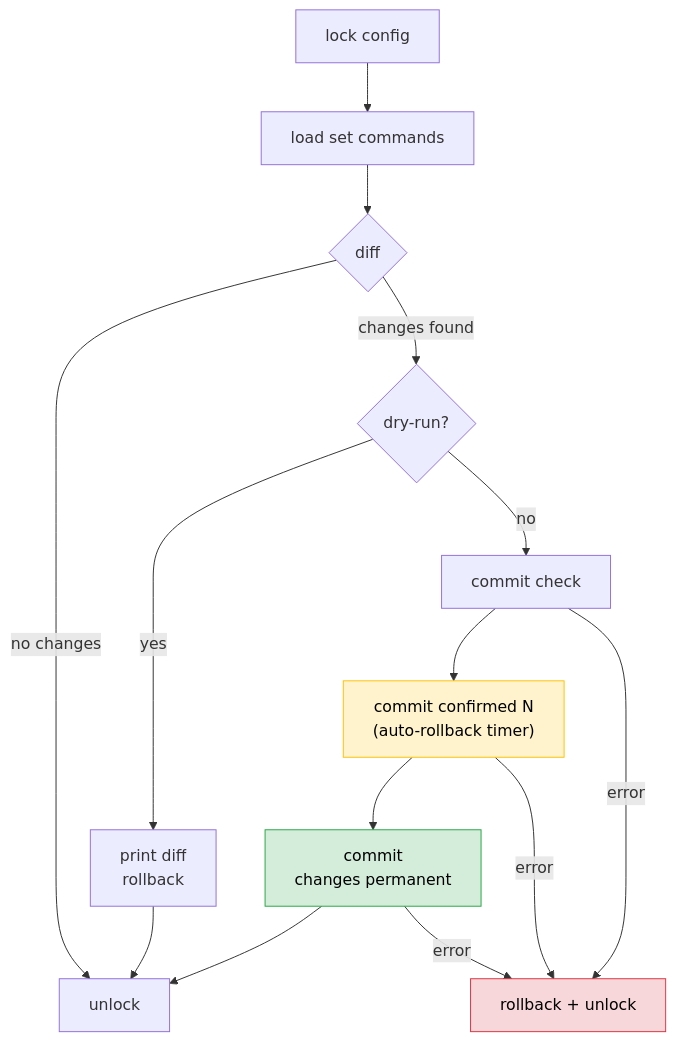
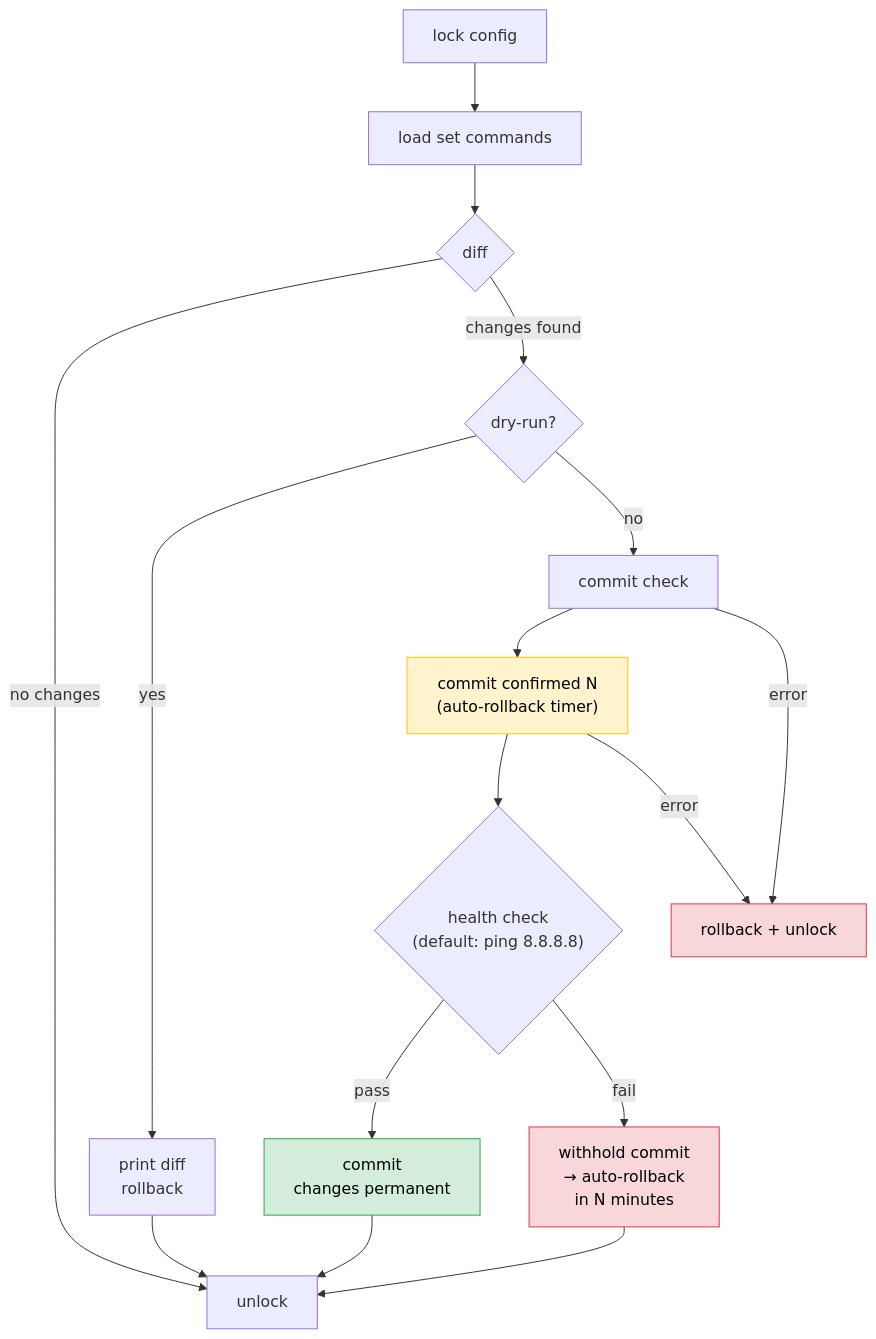
The fifth of 5 diagrams in README.md (shigechika/junos-update), drawn with Mermaid before and after one commit. The commit also changed other lines of this file and 2 other files, not shown here.

````diff
--- a/README.md
+++ b/README.md
@@ -299,19 +307,21 @@
 ```mermaid
 flowchart TD
     A[lock config] --> B[load set commands]
     B --> C{diff}
     C -->|no changes| D[unlock]
     C -->|changes found| E{dry-run?}
     E -->|yes| F["print diff<br/>rollback"] --> D
     E -->|no| G[commit check]
     G --> H["commit confirmed N<br/>(auto-rollback timer)"]:::warned
-    H --> I["commit<br/>changes permanent"]:::safe
+    H --> HC{"health check<br/>(default: ping 8.8.8.8)"}
+    HC -->|pass| I["commit<br/>changes permanent"]:::safe
+    HC -->|fail| AR["withhold commit<br/>→ auto-rollback<br/>in N minutes"]:::errstyle
+    AR --> D
     I --> D
     G -->|error| J[rollback + unlock]:::errstyle
     H -->|error| J
-    I -->|error| J
 
     classDef warned fill:#fff3cd,stroke:#ffc107,color:#000
     classDef safe fill:#d4edda,stroke:#28a745,color:#000
     classDef errstyle fill:#f8d7da,stroke:#dc3545,color:#000
 ```
````
